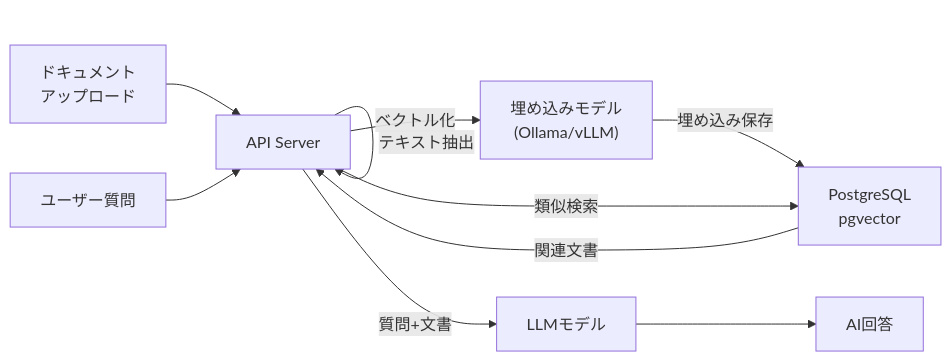
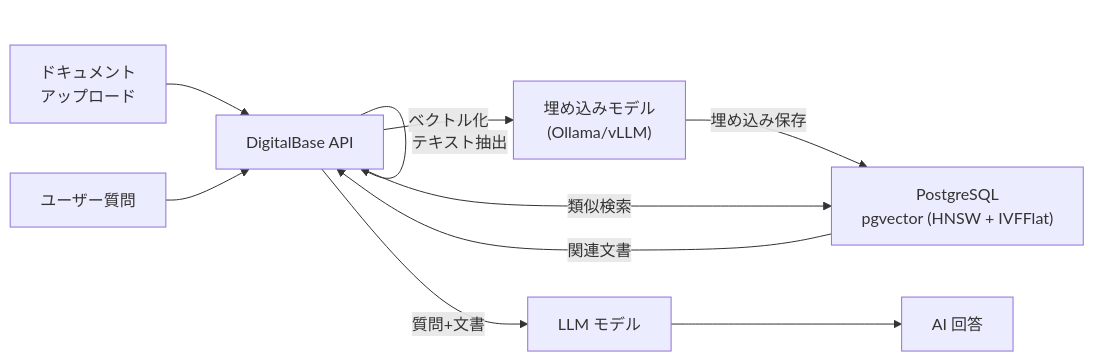
The fifth of 5 diagrams in docs/src/17_システム構成図.md (lmlight-app/dist_vite), drawn with Mermaid before and after one commit. The commit also changed other lines of this file and 58 other files, not shown here.

First line of the commit message:
Rebrand LM Light to DigitalBase and update docs

````diff
--- a/docs/src/17_システム構成図.md
+++ b/docs/src/17_システム構成図.md
@@ -212,20 +201,20 @@
 ```mermaid
 graph LR
     Upload["ドキュメント<br/>アップロード"]
-    API["API Server"]
+    App["DigitalBase API"]
     Embed["埋め込みモデル<br/>(Ollama/vLLM)"]
-    PG["PostgreSQL<br/>pgvector"]
-    LLM["LLMモデル"]
-    Response["AI回答"]
+    PG["PostgreSQL<br/>pgvector (HNSW + IVFFlat)"]
+    LLM["LLM モデル"]
+    Response["AI 回答"]
 
-    Upload --> API
-    API -->|テキスト抽出| API
-    API -->|ベクトル化| Embed
+    Upload --> App
+    App -->|テキスト抽出| App
+    App -->|ベクトル化| Embed
     Embed -->|埋め込み保存| PG
 
-    Query["ユーザー質問"] --> API
-    API -->|類似検索| PG
-    PG -->|関連文書| API
-    API -->|質問+文書| LLM
+    Query["ユーザー質問"] --> App
+    App -->|類似検索| PG
+    PG -->|関連文書| App
+    App -->|質問+文書| LLM
     LLM --> Response
 ```
````
